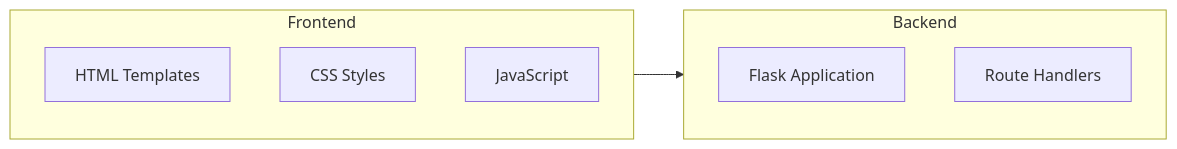
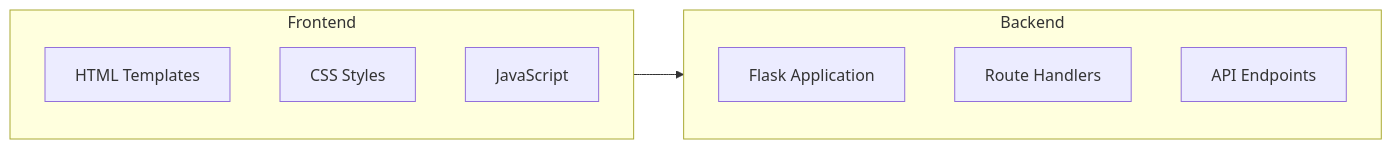
The first of 2 diagrams in .trae/documents/arch.md (tnt976/toolbox_web), drawn with Mermaid before and after one commit. The commit also changed other lines of this file and 8 other files, not shown here.

````diff
--- a/.trae/documents/arch.md
+++ b/.trae/documents/arch.md
@@ -3,13 +3,14 @@
 ```mermaid
 graph LR
-  subgraph Frontend
-    HTML["HTML Templates"]
-    CSS["CSS Styles"]
-    JS["JavaScript"]
-  end
-  subgraph Backend
-    Flask["Flask Application"]
-    Routes["Route Handlers"]
-  end
-  Frontend --> Backend
+    subgraph Frontend
+        HTML["HTML Templates"]
+        CSS["CSS Styles"]
+        JS["JavaScript"]
+    end
+    subgraph Backend
+        Flask["Flask Application"]
+        Routes["Route Handlers"]
+        APIs["API Endpoints"]
+    end
+    Frontend --> Backend
 ```
````
